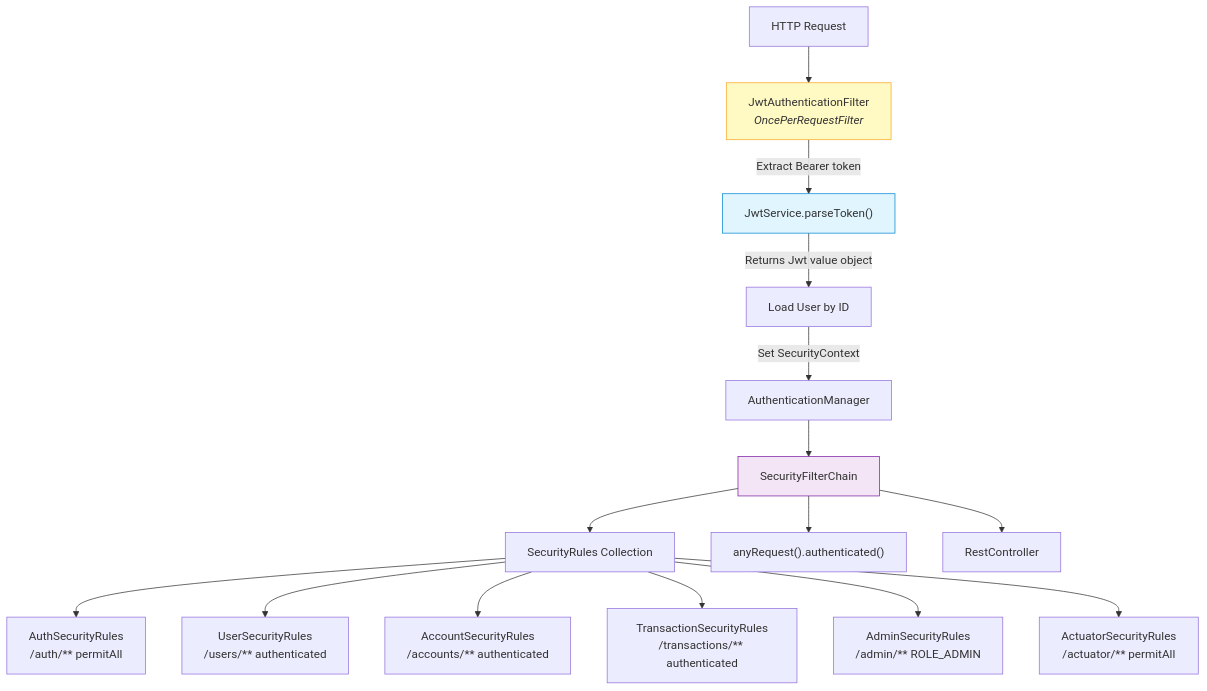
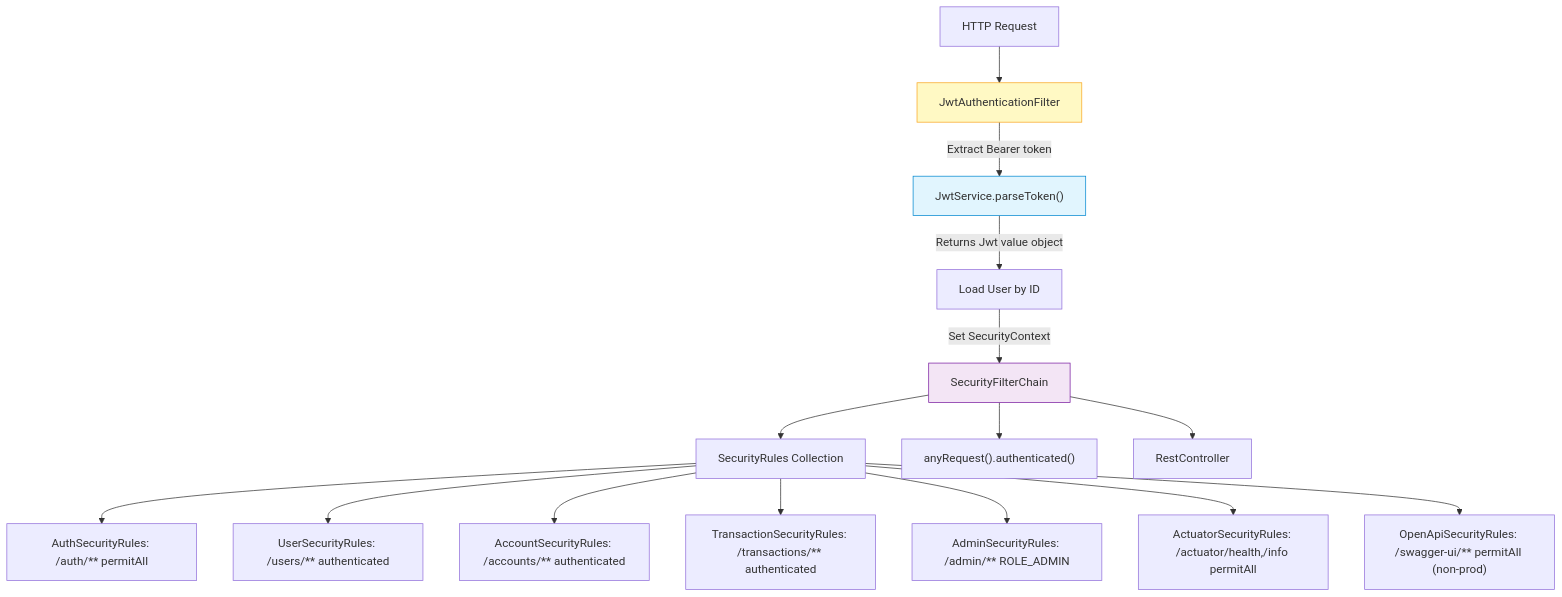
The third of 7 diagrams in README.md (johngech/finance-tracker-api), drawn with Mermaid before and after one commit. The commit also changed other lines of this file, not shown here.

````diff
--- a/README.md
+++ b/README.md
@@ -170,21 +150,21 @@
 ```mermaid
 graph TB
-    REQ["HTTP Request"] --> FILTER["JwtAuthenticationFilter<br/><i>OncePerRequestFilter</i>"]
+    REQ["HTTP Request"] --> FILTER["JwtAuthenticationFilter"]
     FILTER -->|"Extract Bearer token"| JWT_SVC["JwtService.parseToken()"]
     JWT_SVC -->|"Returns Jwt value object"| LOAD["Load User by ID"]
-    LOAD -->|"Set SecurityContext"| AUTH_MGR["AuthenticationManager"]
-    AUTH_MGR --> CHAIN["SecurityFilterChain"]
+    LOAD -->|"Set SecurityContext"| CHAIN["SecurityFilterChain"]
     CHAIN --> RULES["SecurityRules Collection"]
-    RULES --> AUTH_RULES["AuthSecurityRules<br/>/auth/** permitAll"]
-    RULES --> USER_RULES["UserSecurityRules<br/>/users/** authenticated"]
-    RULES --> ACCOUNT_RULES["AccountSecurityRules<br/>/accounts/** authenticated"]
-    RULES --> TXN_RULES["TransactionSecurityRules<br/>/transactions/** authenticated"]
-    RULES --> ADMIN_RULES["AdminSecurityRules<br/>/admin/** ROLE_ADMIN"]
-    RULES --> ACTUATOR_RULES["ActuatorSecurityRules<br/>/actuator/** permitAll"]
+    RULES --> AUTH_R["AuthSecurityRules: /auth/** permitAll"]
+    RULES --> USER_R["UserSecurityRules: /users/** authenticated"]
+    RULES --> ACCOUNT_R["AccountSecurityRules: /accounts/** authenticated"]
+    RULES --> TXN_R["TransactionSecurityRules: /transactions/** authenticated"]
+    RULES --> ADMIN_R["AdminSecurityRules: /admin/** ROLE_ADMIN"]
+    RULES --> ACTUATOR_R["ActuatorSecurityRules: /actuator/health,/info permitAll"]
+    RULES --> OPENAPI_R["OpenApiSecurityRules: /swagger-ui/** permitAll (non-prod)"]
     CHAIN --> CATCH_ALL["anyRequest().authenticated()"]
     CHAIN --> CONTROLLER["RestController"]
 
     style FILTER fill:#fff9c4,stroke:#f9a825
     style JWT_SVC fill:#e1f5fe,stroke:#0288d1
     style CHAIN fill:#f3e5f5,stroke:#7b1fa2
 ```
````
